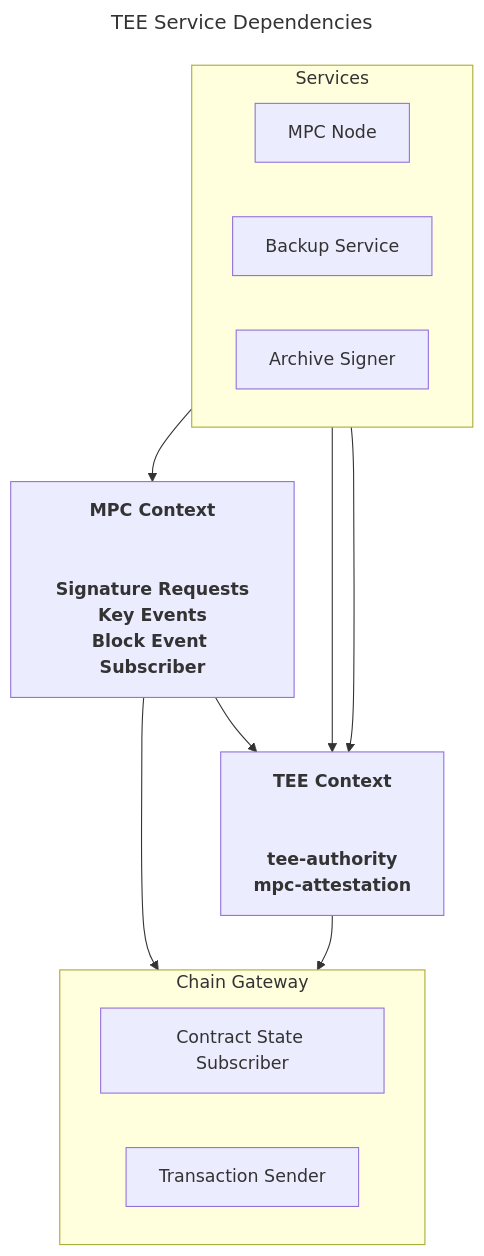
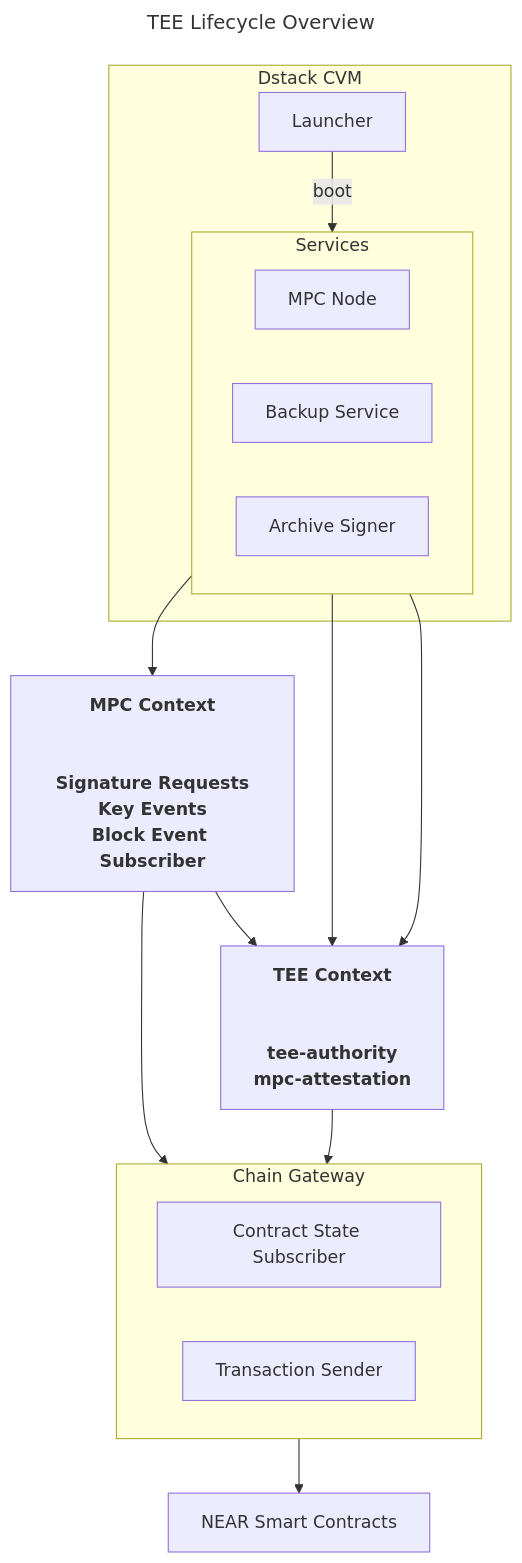
The first of 2 diagrams in docs/tee-lifecycle.md (near/mpc), drawn with Mermaid before and after one commit. The commit also changed other lines of this file and 2 other files, not shown here.

First line of the commit message:
docs: restructure tee-lifecycle.md and extract tee-context-design.md

````diff
--- a/docs/tee-lifecycle.md
+++ b/docs/tee-lifecycle.md
@@ -33,41 +23,50 @@
 ```mermaid
 ---
-title: TEE Service Dependencies
+title: TEE Lifecycle Overview
 ---
 flowchart TB
 
-subgraph SERVICES["Services"]
-    direction LR
-    MPC_NODE["MPC Node"]
-    BACKUP["Backup Service"]
-    HOT_APP["Archive Signer"]
+subgraph CVM["Dstack CVM"]
+    LAUNCHER["Launcher"]
+
+    subgraph SERVICES["Services"]
+        direction LR
+        MPC_NODE["MPC Node"]
+        BACKUP["Backup Service"]
+        HOT_APP["Archive Signer"]
+    end
+
+    LAUNCHER -->|boot| SERVICES
 end
 
 MPC_CTX[
 <b>MPC Context</b><br/><br/>
 <b>Signature Requests</b>
 <b>Key Events</b>
 <b>Block Event Subscriber</b>
 ]
 
 TEE_CTX[
 <b>TEE Context</b><br/><br/>
 <b>tee-authority</b>
 <b>mpc-attestation</b>
 ]
 
 subgraph CHAIN["Chain Gateway"]
     direction LR
     CSUB["Contract State Subscriber"]
     TSEND["Transaction Sender"]
 end
 
+CONTRACTS["NEAR Smart Contracts"]
+
 MPC_NODE --> MPC_CTX
 BACKUP --> TEE_CTX
 HOT_APP --> TEE_CTX
 
 MPC_CTX --> TEE_CTX
 MPC_CTX --> CHAIN
 
 TEE_CTX --> CHAIN
+CHAIN --> CONTRACTS
 ```
````
